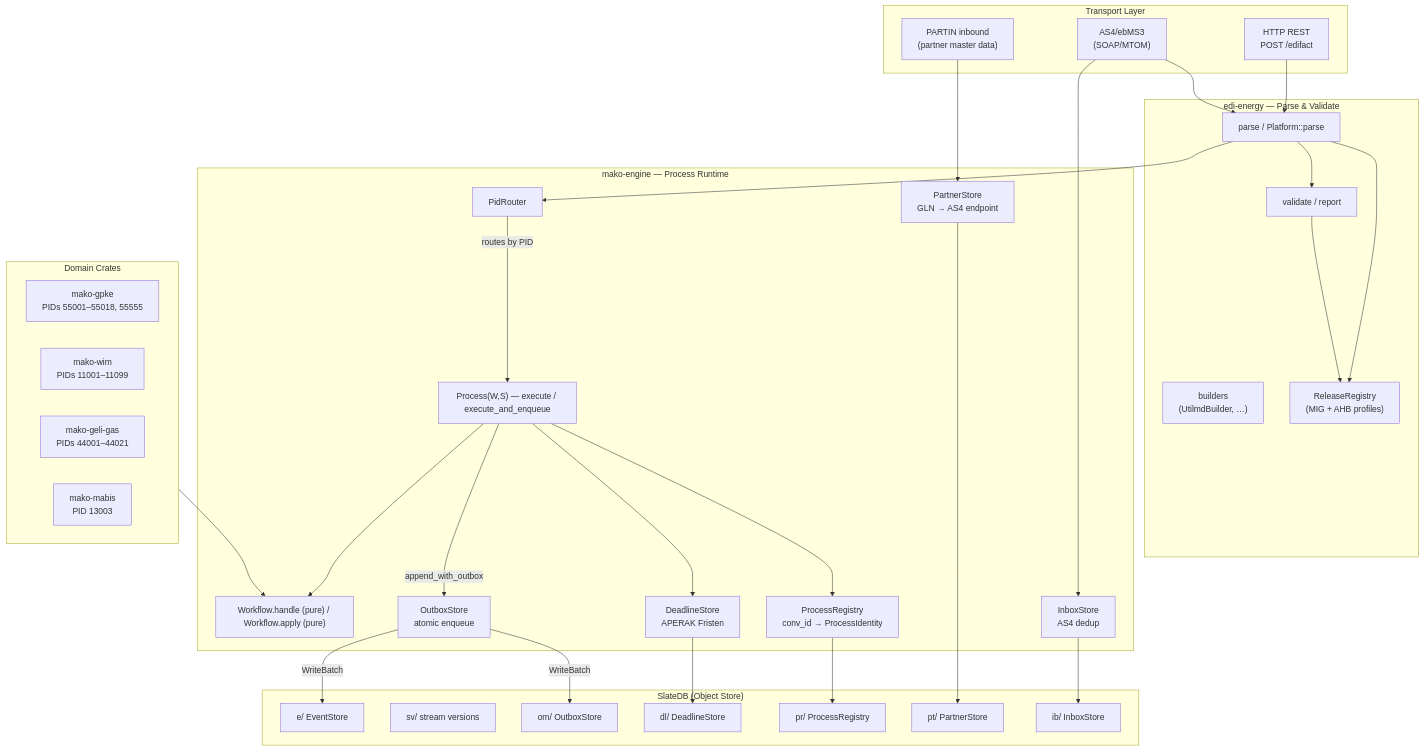
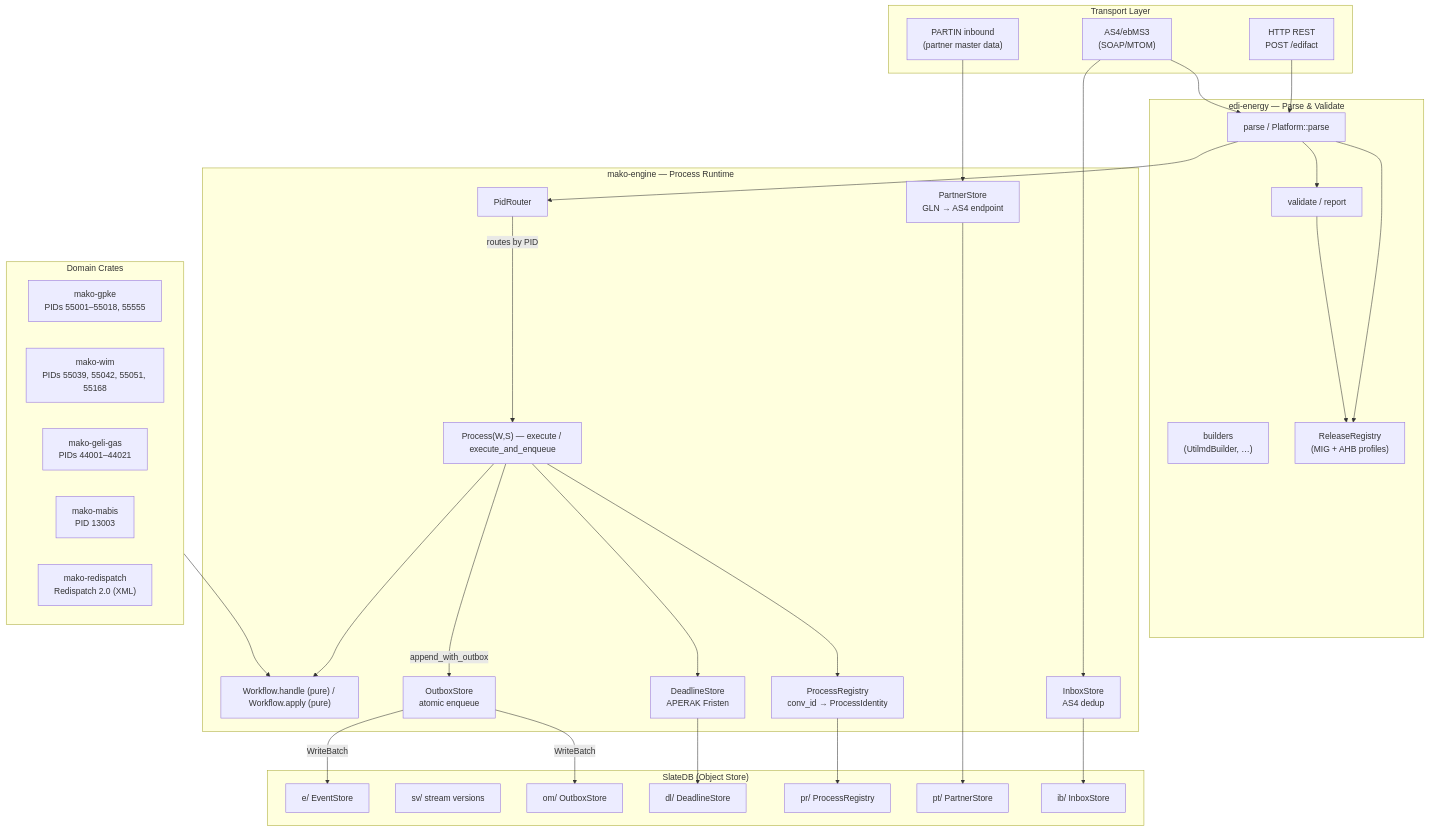
One commit to hupe1980/mako changed the first of 3 diagrams in docs/getting-started.md. Above: the diagram before and after it, drawn with Mermaid. The commit also changed other lines of this file and 129 other files, not shown here.

````diff
--- a/docs/getting-started.md
+++ b/docs/getting-started.md
@@ -28,65 +28,66 @@
 ```mermaid
 graph TB
     subgraph Transport["Transport Layer"]
         AS4["AS4/ebMS3<br/>(SOAP/MTOM)"]
         REST["HTTP REST<br/>POST /edifact"]
         PARTIN["PARTIN inbound<br/>(partner master data)"]
     end
 
     subgraph EDI["edi-energy — Parse & Validate"]
         PARSE["parse / Platform::parse"]
         VALIDATE["validate / report"]
         BUILD["builders<br/>(UtilmdBuilder, …)"]
         REGISTRY["ReleaseRegistry<br/>(MIG + AHB profiles)"]
         PARSE --> VALIDATE
         PARSE --> REGISTRY
         VALIDATE --> REGISTRY
     end
 
     subgraph Engine["mako-engine — Process Runtime"]
         ROUTER["PidRouter"]
         PROCESS["Process(W,S) — execute / execute_and_enqueue"]
         WORKFLOW["Workflow.handle (pure) / Workflow.apply (pure)"]
         DEADLINE["DeadlineStore<br/>APERAK Fristen"]
         OUTBOX["OutboxStore<br/>atomic enqueue"]
         INBOX["InboxStore<br/>AS4 dedup"]
         PARTNERS["PartnerStore<br/>GLN → AS4 endpoint"]
         REGISTRY2["ProcessRegistry<br/>conv_id → ProcessIdentity"]
 
         ROUTER -->|"routes by PID"| PROCESS
         PROCESS --> WORKFLOW
         PROCESS -->|"append_with_outbox"| OUTBOX
         PROCESS --> DEADLINE
         PROCESS --> REGISTRY2
     end
 
     subgraph Domain["Domain Crates"]
         GPKE["mako-gpke<br/>PIDs 55001–55018, 55555"]
-        WIM["mako-wim<br/>PIDs 11001–11099"]
+        WIM["mako-wim<br/>PIDs 55039, 55042, 55051, 55168"]
         GAS["mako-geli-gas<br/>PIDs 44001–44021"]
         MABIS["mako-mabis<br/>PID 13003"]
+        RDSP["mako-redispatch<br/>Redispatch 2.0 (XML)"]
     end
 
     subgraph Store["SlateDB (Object Store)"]
         EVENTS["e/ EventStore"]
         SV["sv/ stream versions"]
         OUTBOX2["om/ OutboxStore"]
         DEADLINES["dl/ DeadlineStore"]
         PROC["pr/ ProcessRegistry"]
         PT["pt/ PartnerStore"]
         IB["ib/ InboxStore"]
     end
 
     AS4 --> INBOX
     REST --> PARSE
     AS4 --> PARSE
     PARTIN --> PARTNERS
     PARSE --> ROUTER
     Domain --> WORKFLOW
     OUTBOX -->|"WriteBatch"| EVENTS
     OUTBOX -->|"WriteBatch"| OUTBOX2
     DEADLINE --> DEADLINES
     REGISTRY2 --> PROC
     PARTNERS --> PT
     INBOX --> IB
 ```
````
